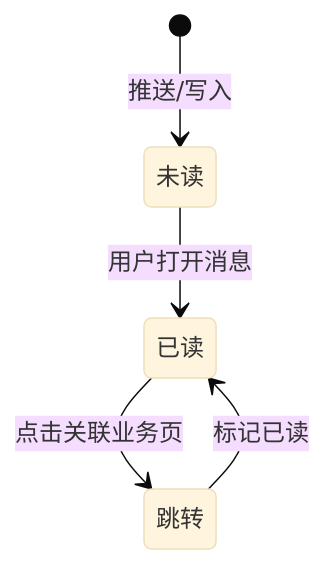
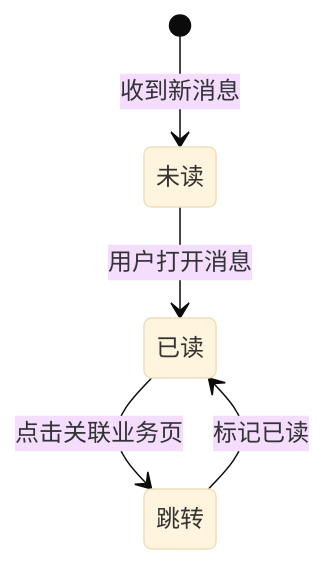
One commit to cgd1093702532-star/personal-site changed the diagram in docs/miniprogram/pages/消息.md. Above: the diagram before and after it, drawn with Mermaid (base theme). The commit also changed other lines of this file and 216 other files, not shown here.

````diff
--- a/docs/miniprogram/pages/消息.md
+++ b/docs/miniprogram/pages/消息.md
@@ -60,7 +86,7 @@
 ```mermaid
 stateDiagram-v2
-  [*] --> 未读: 推送/写入
+  [*] --> 未读: 收到新消息
   未读 --> 已读: 用户打开消息
   已读 --> 跳转: 点击关联业务页
   跳转 --> 已读: 标记已读
 ```
````
